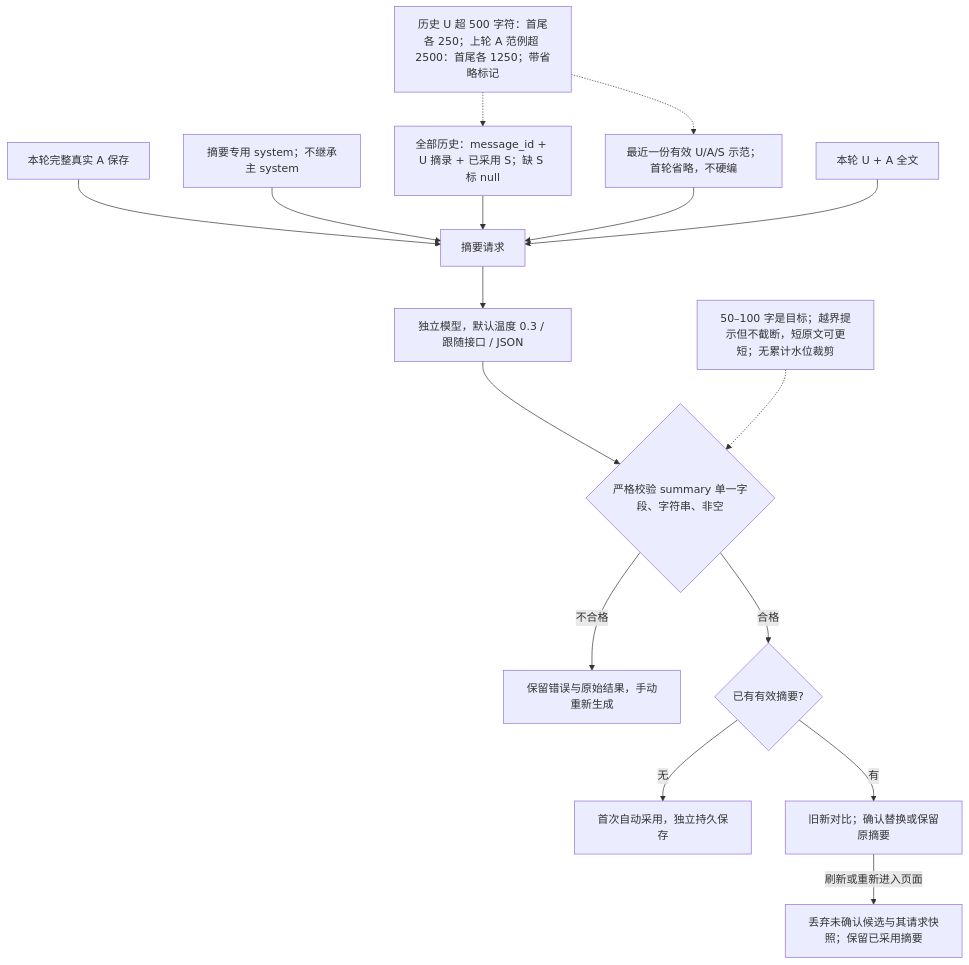
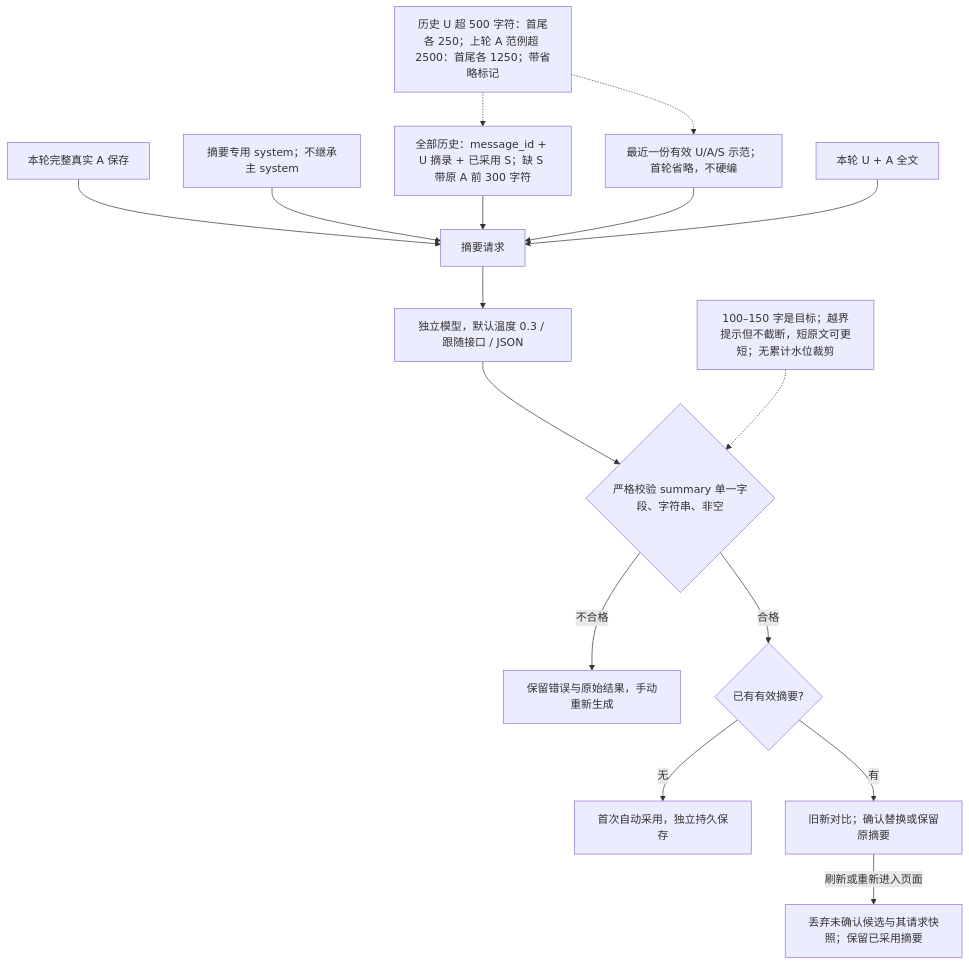
One commit to ccawmiku/workers-chat changed the eighth of 8 diagrams in docs/PLUGINS.md. Above: the diagram before and after it, drawn with Mermaid. The commit also changed other lines of this file and 32 other files, not shown here.

````diff
--- a/docs/PLUGINS.md
+++ b/docs/PLUGINS.md
@@ -403,18 +403,18 @@
 ```mermaid
 flowchart TD
     A[本轮完整真实 A 保存] --> Input[摘要请求]
     System[摘要专用 system；不继承主 system] --> Input
-    History[全部历史：message_id + U 摘录 + 已采用 S；缺 S 标 null] --> Input
+    History[全部历史：message_id + U 摘录 + 已采用 S；缺 S 带原 A 前 300 字符] --> Input
     Example[最近一份有效 U/A/S 示范；首轮省略，不硬编] --> Input
     Current[本轮 U + A 全文] --> Input
     Input --> Model[独立模型，默认温度 0.3 / 跟随接口 / JSON]
     Model --> Check{严格校验 summary 单一字段、字符串、非空}
     Check -->|不合格| Error[保留错误与原始结果，手动重新生成]
     Check -->|合格| First{已有有效摘要?}
     First -->|无| Save[首次自动采用，独立持久保存]
     First -->|有| Compare[旧新对比；确认替换或保留原摘要]
     Compare -->|刷新或重新进入页面| Discard[丢弃未确认候选与其请求快照；保留已采用摘要]
     Limit[历史 U 超 500 字符：首尾各 250；上轮 A 范例超 2500：首尾各 1250；带省略标记] -.-> History
     Limit -.-> Example
-    Target[50–100 字是目标；越界提示但不截断，短原文可更短；无累计水位裁剪] -.-> Check
+    Target[100–150 字是目标；越界提示但不截断，短原文可更短；无累计水位裁剪] -.-> Check
 ```
````
